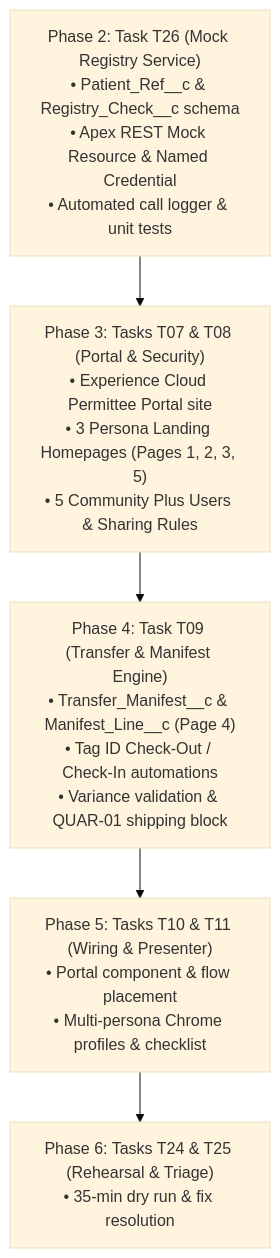
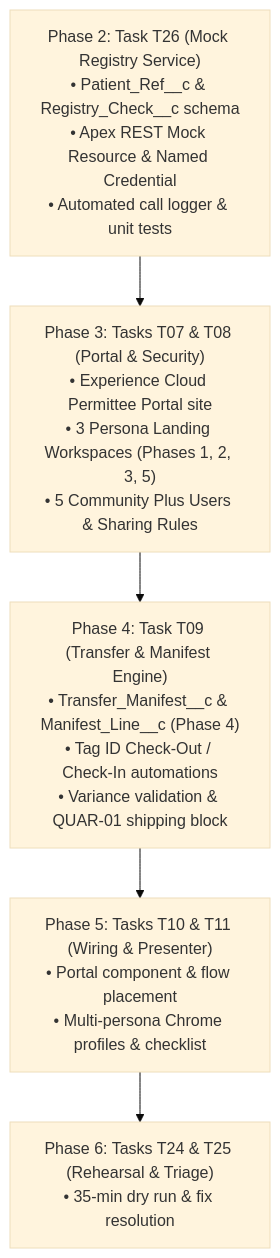
Before and after one commit to dipankar-sahoo-b5g/mmap-pde: the second of 2 diagrams in docs/PA_SEED_TO_SALE_DEMO_MASTER_SPECIFICATION.md, drawn with Mermaid. The commit also changed other lines of this file and 11 other files, not shown here.

Commit message:
feat: complete Task T26 Mock Registry REST service, Flow invocable wrapper, and demo seed data

````diff
--- a/docs/PA_SEED_TO_SALE_DEMO_MASTER_SPECIFICATION.md
+++ b/docs/PA_SEED_TO_SALE_DEMO_MASTER_SPECIFICATION.md
@@ -329,11 +329,11 @@
 ```mermaid
 %%{init: {'theme': 'base', 'themeVariables': { 'fontSize': '16px', 'fontFamily': 'system-ui, -apple-system, sans-serif' }}}%%
 flowchart TD
     D1["Phase 2: Task T26 (Mock Registry Service)<br/>• Patient_Ref__c & Registry_Check__c schema<br/>• Apex REST Mock Resource & Named Credential<br/>• Automated call logger & unit tests"]
-    D2["Phase 3: Tasks T07 & T08 (Portal & Security)<br/>• Experience Cloud Permittee Portal site<br/>• 3 Persona Landing Homepages (Pages 1, 2, 3, 5)<br/>• 5 Community Plus Users & Sharing Rules"]
-    D3["Phase 4: Task T09 (Transfer & Manifest Engine)<br/>• Transfer_Manifest__c & Manifest_Line__c (Page 4)<br/>• Tag ID Check-Out / Check-In automations<br/>• Variance validation & QUAR-01 shipping block"]
+    D2["Phase 3: Tasks T07 & T08 (Portal & Security)<br/>• Experience Cloud Permittee Portal site<br/>• 3 Persona Landing Workspaces (Phases 1, 2, 3, 5)<br/>• 5 Community Plus Users & Sharing Rules"]
+    D3["Phase 4: Task T09 (Transfer & Manifest Engine)<br/>• Transfer_Manifest__c & Manifest_Line__c (Phase 4)<br/>• Tag ID Check-Out / Check-In automations<br/>• Variance validation & QUAR-01 shipping block"]
     D4["Phase 5: Tasks T10 & T11 (Wiring & Presenter)<br/>• Portal component & flow placement<br/>• Multi-persona Chrome profiles & checklist"]
     D5["Phase 6: Tasks T24 & T25 (Rehearsal & Triage)<br/>• 35-min dry run & fix resolution"]
 
     D1 --> D2 --> D3 --> D4 --> D5
 ```
````
